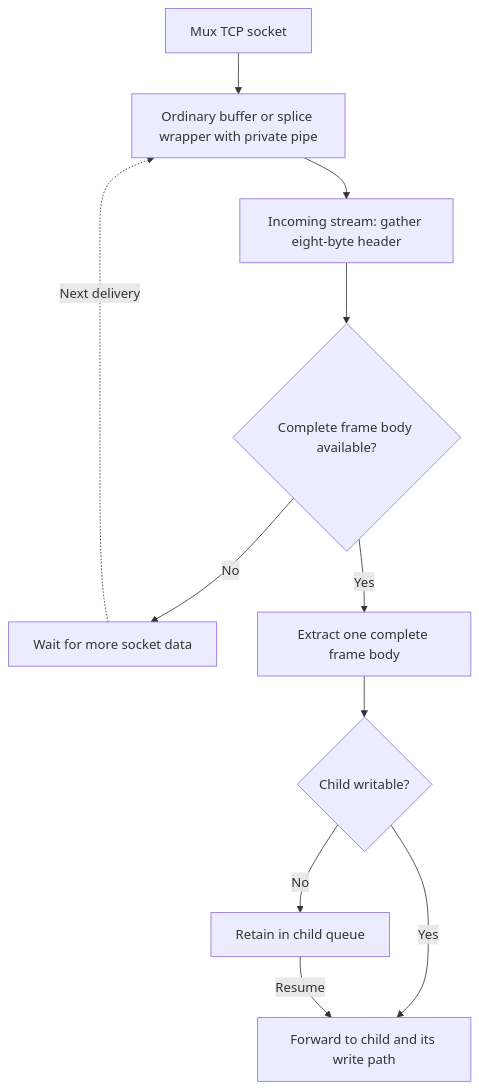
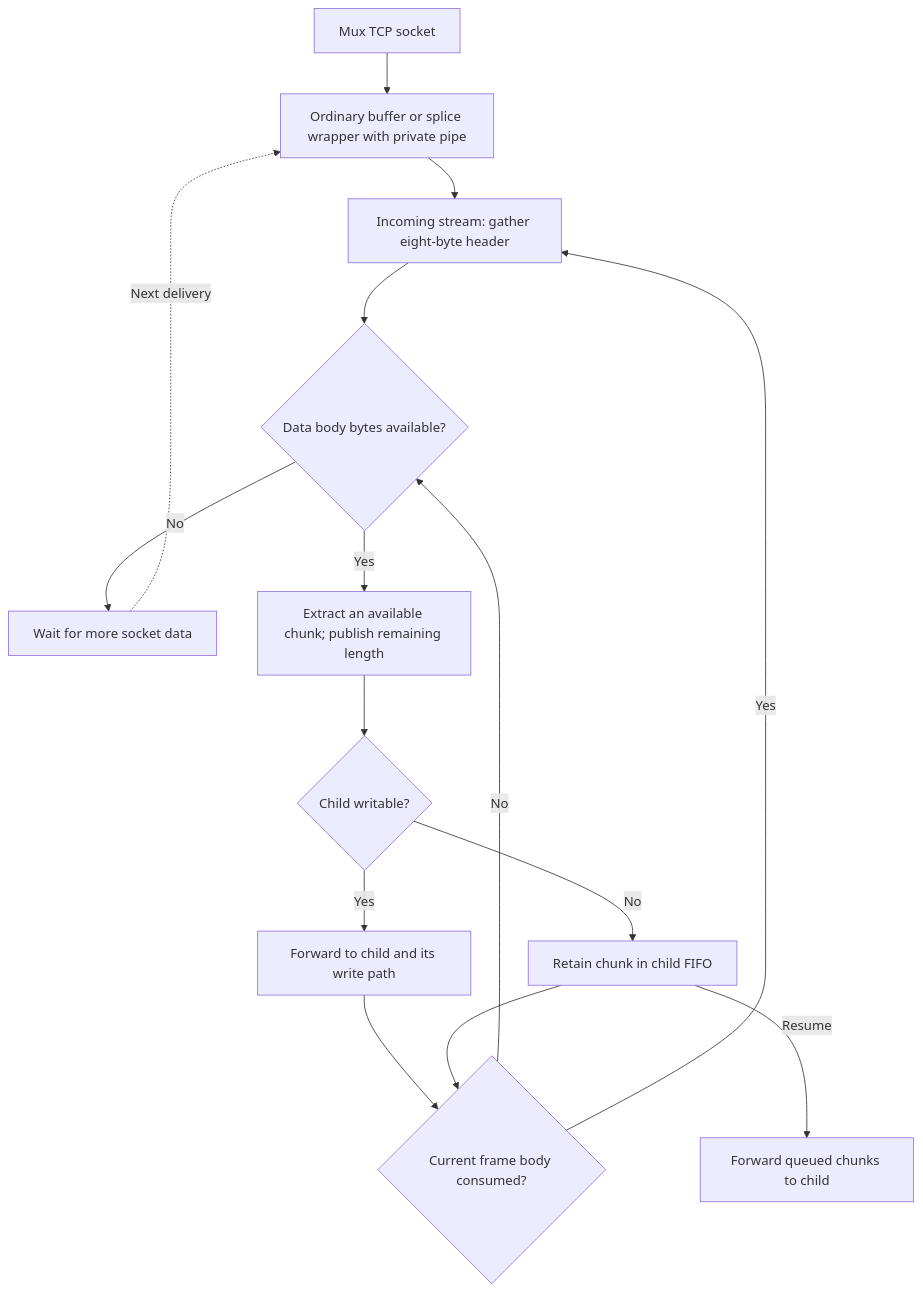
One commit to radkesvat/WaterWall-Docs changed the diagram in docs/05-devguides/part3-buffers-and-padding.mdx. Above: the diagram before and after it, drawn with Mermaid. The commit also changed other lines of this file and 5 other files, not shown here.

````diff
--- a/docs/05-devguides/part3-buffers-and-padding.mdx
+++ b/docs/05-devguides/part3-buffers-and-padding.mdx
@@ -1744,13 +1779,17 @@
 ```mermaid
 flowchart TD
     A["Mux TCP socket"] --> B["Ordinary buffer or splice wrapper with private pipe"]
     B --> C["Incoming stream: gather eight-byte header"]
-    C --> D{"Complete frame body available?"}
+    C --> D{"Data body bytes available?"}
     D -- No --> W["Wait for more socket data"]
     W -. Next delivery .-> B
-    D -- Yes --> E["Extract one complete frame body"]
+    D -- Yes --> E["Extract an available chunk; publish remaining length"]
     E --> F{"Child writable?"}
     F -- Yes --> G["Forward to child and its write path"]
-    F -- No --> H["Retain in child queue"]
-    H -- Resume --> G
+    F -- No --> H["Retain chunk in child FIFO"]
+    H -- Resume --> J["Forward queued chunks to child"]
+    G --> I{"Current frame body consumed?"}
+    H --> I
+    I -- No --> D
+    I -- Yes --> C
 ```
````
